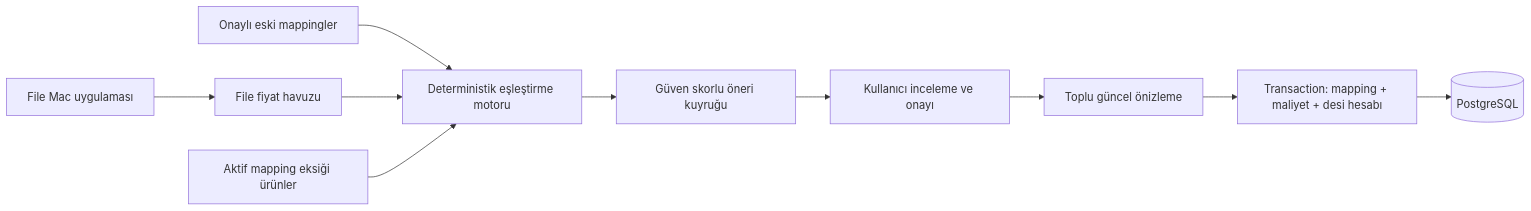
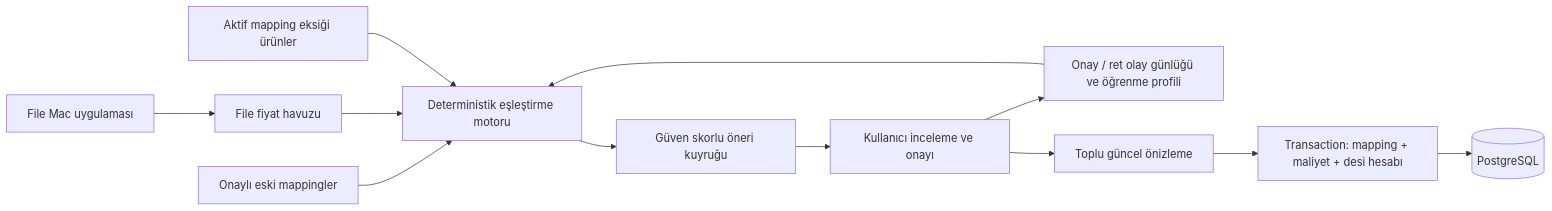
Before and after one commit to aslamacigross/aslamaci-repricer: the third of 3 diagrams in ARCHITECTURE.md, drawn with Mermaid. The commit also changed other lines of this file and 20 other files, not shown here.

````diff
--- a/ARCHITECTURE.md
+++ b/ARCHITECTURE.md
@@ -79,12 +79,14 @@
 ```mermaid
 flowchart LR
   FILE["File Mac uygulaması"] --> POOL["File fiyat havuzu"]
   HISTORY["Onaylı eski mappingler"] --> MATCH["Deterministik eşleştirme motoru"]
   POOL --> MATCH
   PRODUCTS["Aktif mapping eksiği ürünler"] --> MATCH
   MATCH --> QUEUE["Güven skorlu öneri kuyruğu"]
   QUEUE --> REVIEW["Kullanıcı inceleme ve onayı"]
+  REVIEW --> FEEDBACK["Onay / ret olay günlüğü ve öğrenme profili"]
+  FEEDBACK --> MATCH
   REVIEW --> PREVIEW["Toplu güncel önizleme"]
   PREVIEW --> TX["Transaction: mapping + maliyet + desi hesabı"]
   TX --> DB[(PostgreSQL)]
 ```
````
